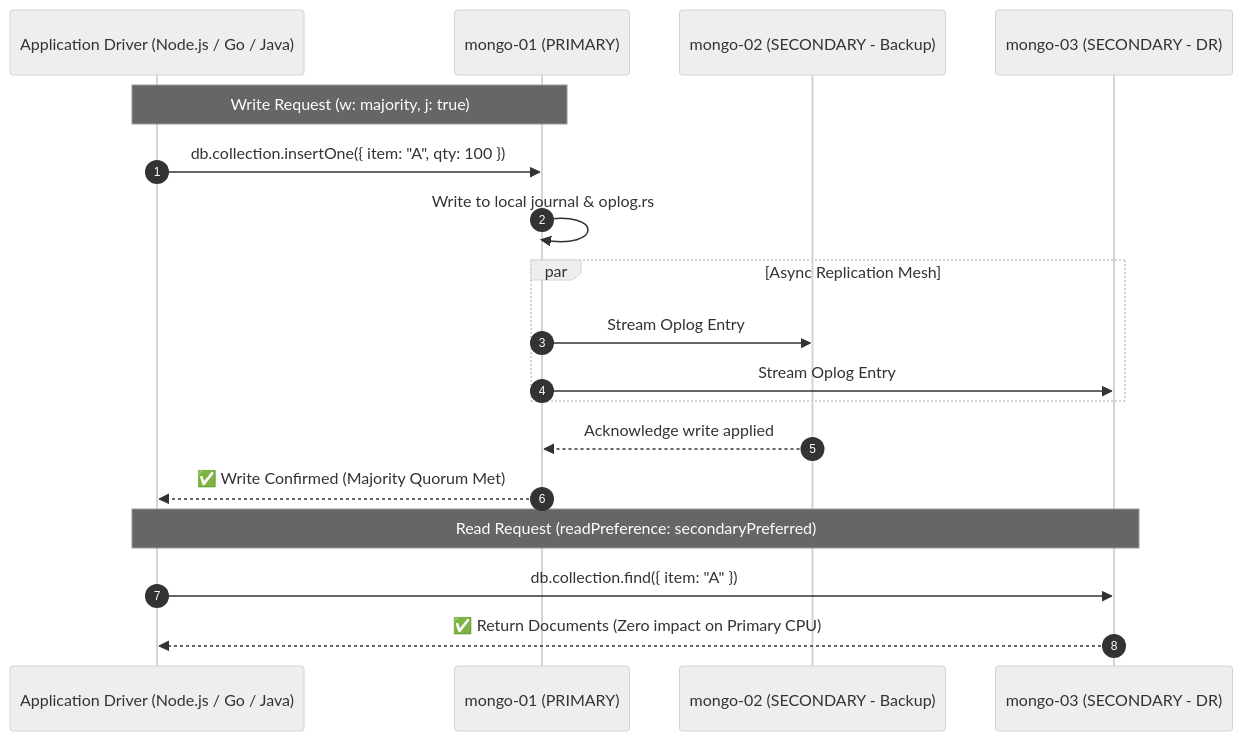
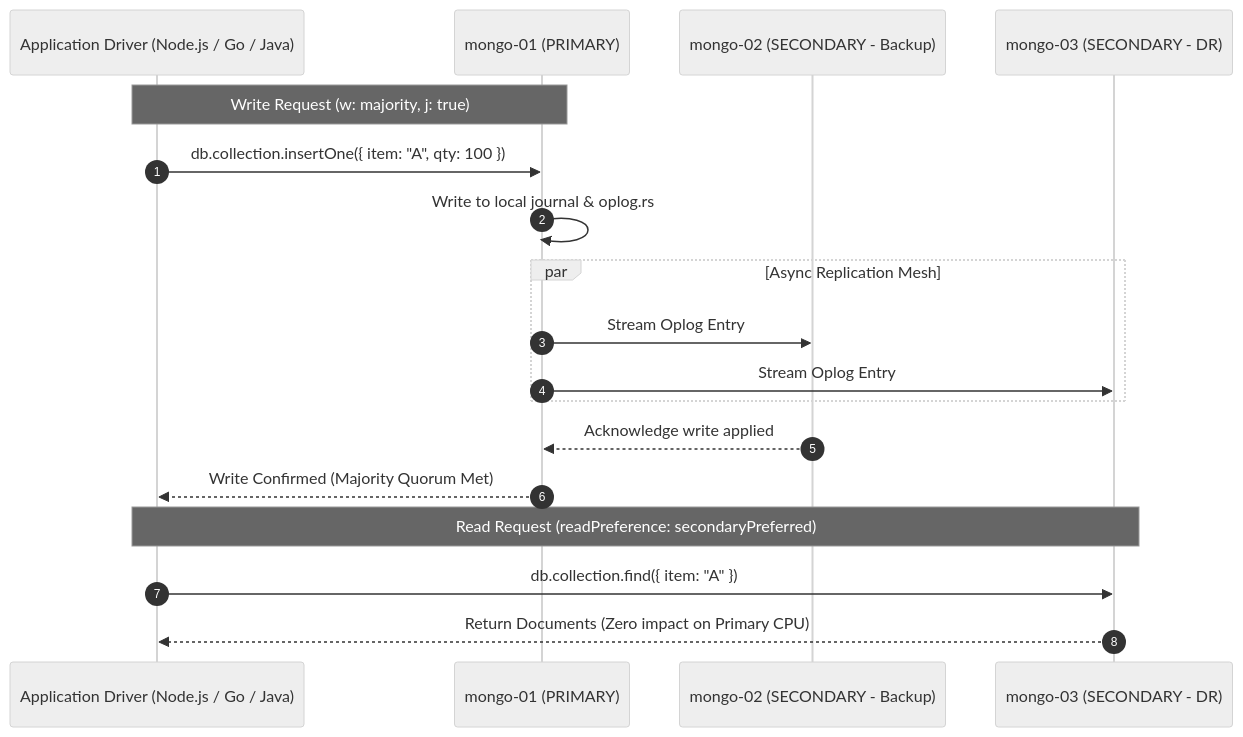
One commit to fahimahammed/db-house changed the first of 6 diagrams in mongodb-enterprise-cluster/README.md. Above: the diagram before and after it, drawn with Mermaid (neutral theme). The commit also changed other lines of this file and 1 other file, not shown here.

Commit message:
feat: Update README to simplify system architecture section and replace diagram with image

````diff
--- a/mongodb-enterprise-cluster/README.md
+++ b/mongodb-enterprise-cluster/README.md
@@ -96,22 +36,22 @@
 ```mermaid
 sequenceDiagram
     autonumber
     participant App as Application Driver (Node.js / Go / Java)
     participant P as mongo-01 (PRIMARY)
     participant S1 as mongo-02 (SECONDARY - Backup)
     participant S2 as mongo-03 (SECONDARY - DR)
 
     Note over App,P: Write Request (w: majority, j: true)
     App->>P: db.collection.insertOne({ item: "A", qty: 100 })
     P->>P: Write to local journal & oplog.rs
     par Async Replication Mesh
         P->>S1: Stream Oplog Entry
         P->>S2: Stream Oplog Entry
     end
     S1-->>P: Acknowledge write applied
-    P-->>App: ✅ Write Confirmed (Majority Quorum Met)
+    P-->>App: Write Confirmed (Majority Quorum Met)
 
     Note over App,S2: Read Request (readPreference: secondaryPreferred)
     App->>S2: db.collection.find({ item: "A" })
-    S2-->>App: ✅ Return Documents (Zero impact on Primary CPU)
+    S2-->>App: Return Documents (Zero impact on Primary CPU)
 ```
````
